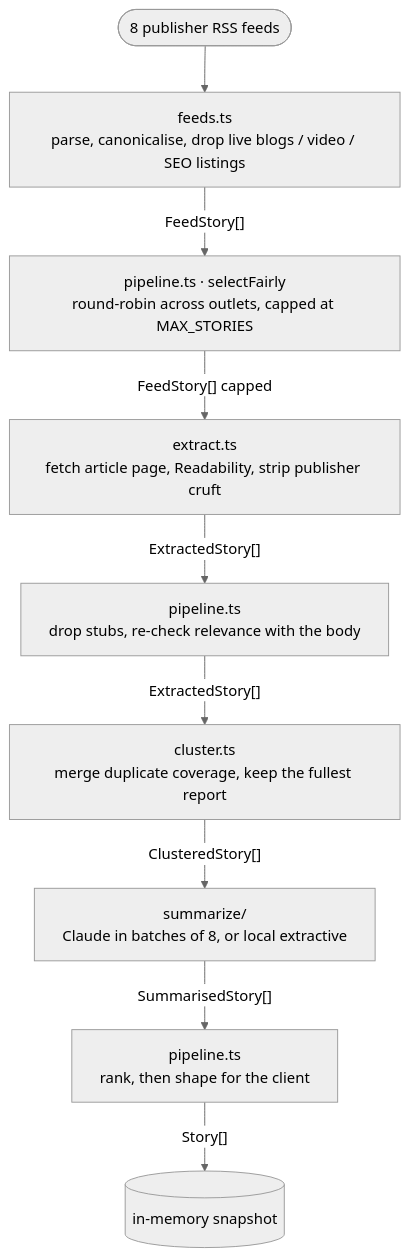
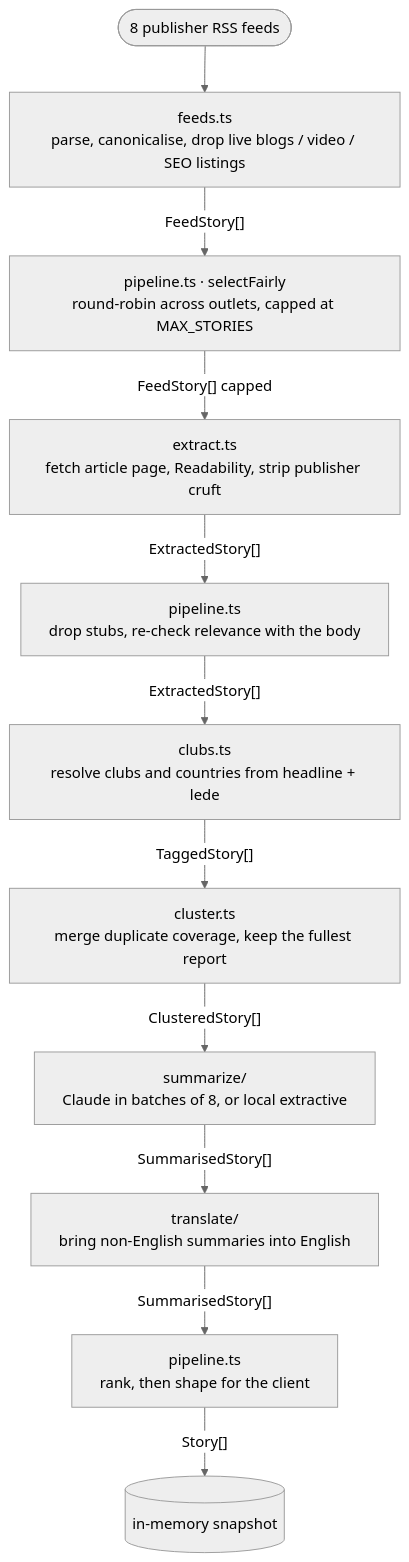
One commit to ZakariaZanati/touchline-football-news changed the first of 3 diagrams in README.md. Above: the diagram before and after it, drawn with Mermaid (neutral theme). The commit also changed other lines of this file and 25 other files, not shown here.

````diff
--- a/README.md
+++ b/README.md
@@ -60,22 +63,26 @@
 ```mermaid
 %%{init: {'flowchart': {'wrappingWidth': 360}}}%%
 flowchart TD
     RSS(["8 publisher RSS feeds"])
     F["feeds.ts<br/>parse, canonicalise, drop live blogs / video / SEO listings"]
     SEL["pipeline.ts · selectFairly<br/>round-robin across outlets, capped at MAX_STORIES"]
     EX["extract.ts<br/>fetch article page, Readability, strip publisher cruft"]
     KEEP["pipeline.ts<br/>drop stubs, re-check relevance with the body"]
+    TAG["clubs.ts<br/>resolve clubs and countries from headline + lede"]
     CL["cluster.ts<br/>merge duplicate coverage, keep the fullest report"]
     SUM["summarize/<br/>Claude in batches of 8, or local extractive"]
+    TR["translate/<br/>bring non-English summaries into English"]
     RK["pipeline.ts<br/>rank, then shape for the client"]
     SNAP[("in-memory snapshot")]
 
     RSS --> F
     F -->|"FeedStory[]"| SEL
     SEL -->|"FeedStory[] capped"| EX
     EX -->|"ExtractedStory[]"| KEEP
-    KEEP -->|"ExtractedStory[]"| CL
+    KEEP -->|"ExtractedStory[]"| TAG
+    TAG -->|"TaggedStory[]"| CL
     CL -->|"ClusteredStory[]"| SUM
-    SUM -->|"SummarisedStory[]"| RK
+    SUM -->|"SummarisedStory[]"| TR
+    TR -->|"SummarisedStory[]"| RK
     RK -->|"Story[]"| SNAP
 ```
````
